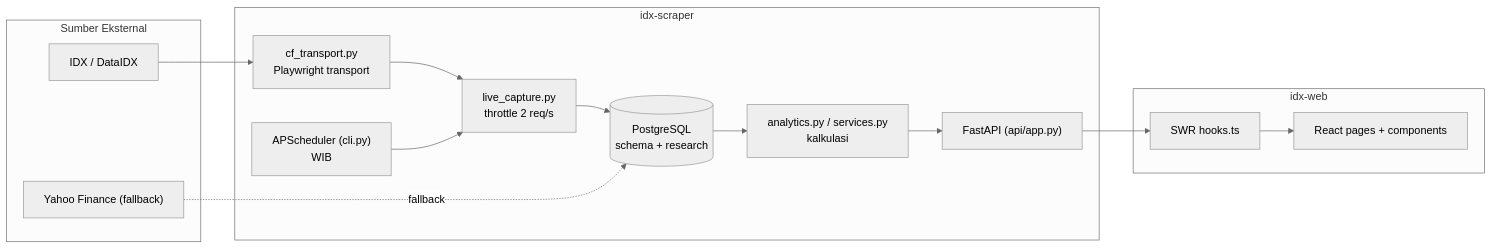
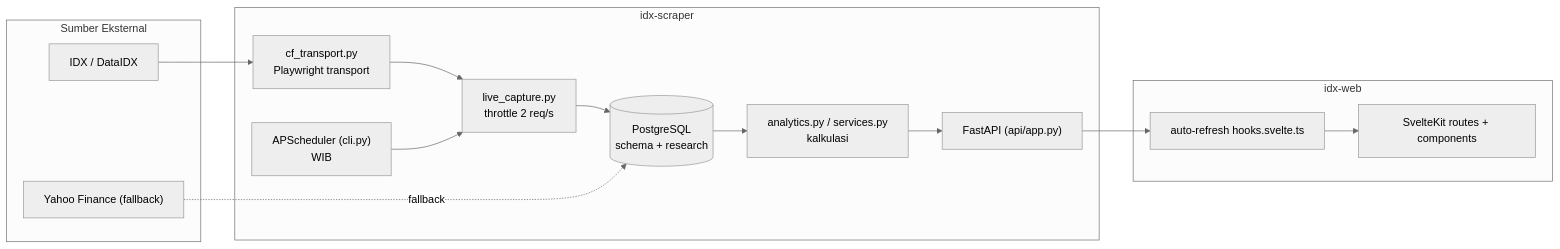
Before and after one commit to faizalajiw/idx-web: the first of 7 diagrams in docs/README.md, drawn with Mermaid (neutral theme). The commit also changed other lines of this file and 30 other files, not shown here.

First line of the commit message:
docs: samakan seluruh dokumentasi dengan app SvelteKit (FAI-39/40)

````diff
--- a/docs/README.md
+++ b/docs/README.md
@@ -18,24 +18,24 @@
 ```mermaid
 flowchart LR
     subgraph ext["Sumber Eksternal"]
       IDX["IDX / DataIDX"]
       YF["Yahoo Finance (fallback)"]
     end
     subgraph scrap["idx-scraper"]
       CF["cf_transport.py<br/>Playwright transport"]
       LIVE["live_capture.py<br/>throttle 2 req/s"]
       SCH["APScheduler (cli.py)<br/>WIB"]
       API["FastAPI (api/app.py)"]
       ANA["analytics.py / services.py<br/>kalkulasi"]
       PG[("PostgreSQL<br/>schema + research")]
     end
     subgraph web["idx-web"]
-      SWR["SWR hooks.ts"]
-      UI["React pages + components"]
+      auto-refresh["auto-refresh hooks.svelte.ts"]
+      UI["SvelteKit routes + components"]
     end
     IDX --> CF --> LIVE --> PG
     YF -.fallback.-> PG
     SCH --> LIVE
     PG --> ANA --> API
-    API --> SWR --> UI
+    API --> auto-refresh --> UI
 ```
````
